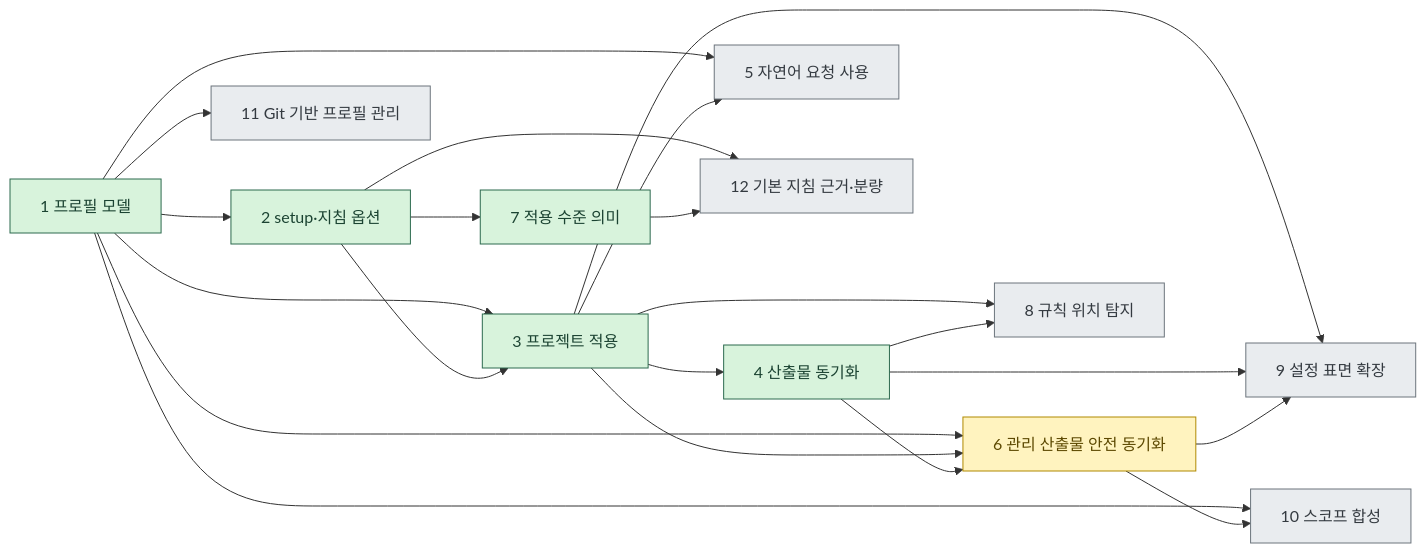
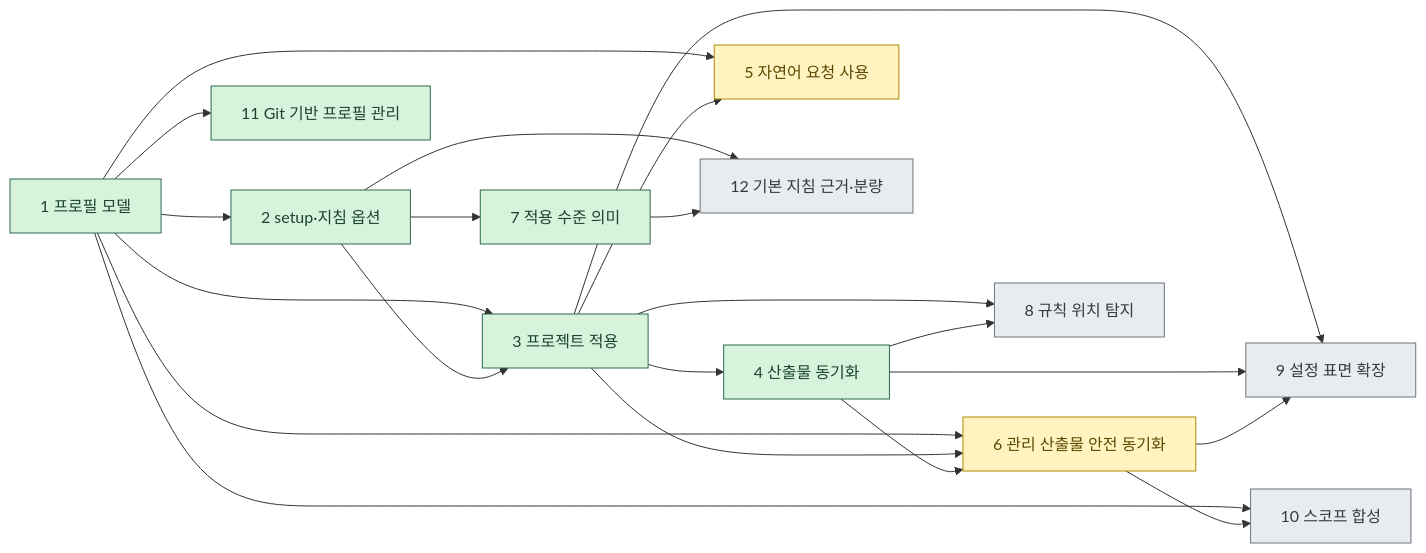
Before and after one commit to IsthisLee/agent-context-manager: the diagram in docs/discussion/architecture/README.md, drawn with Mermaid. The commit also changed other lines of this file and 60 other files, not shown here.

````diff
--- a/docs/discussion/architecture/README.md
+++ b/docs/discussion/architecture/README.md
@@ -30,29 +30,29 @@
 ```mermaid
 flowchart LR
   S1["1 프로필 모델"] --> S2["2 setup·지침 옵션"]
   S1 --> S3["3 프로젝트 적용"]
   S2 --> S3
   S3 --> S4["4 산출물 동기화"]
   S1 --> S5["5 자연어 요청 사용"]
   S3 --> S5
   S1 --> S6["6 관리 산출물 안전 동기화"]
   S3 --> S6
   S4 --> S6
   S2 --> S7["7 적용 수준 의미"]
   S3 --> S8["8 규칙 위치 탐지"]
   S4 --> S8
   S3 --> S9["9 설정 표면 확장"]
   S4 --> S9
   S6 --> S9
   S1 --> S10["10 스코프 합성"]
   S6 --> S10
   S1 --> S11["11 Git 기반 프로필 관리"]
   S2 --> S12["12 기본 지침 근거·분량"]
   S7 --> S12
   classDef done fill:#d8f3dc,stroke:#2d6a4f,color:#1b4332
   classDef doing fill:#fff3bf,stroke:#b08900,color:#5c4800
   classDef todo fill:#e9ecef,stroke:#6c757d,color:#343a40
-  class S1,S2,S3,S4,S7 done
-  class S6 doing
-  class S5,S8,S9,S10,S11,S12 todo
+  class S1,S2,S3,S4,S7,S11 done
+  class S5,S6 doing
+  class S8,S9,S10,S12 todo
 ```
````
